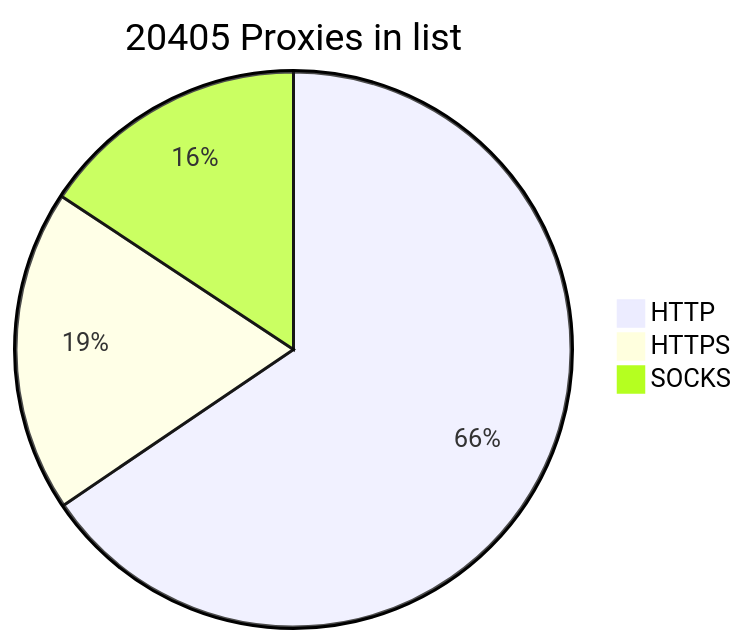
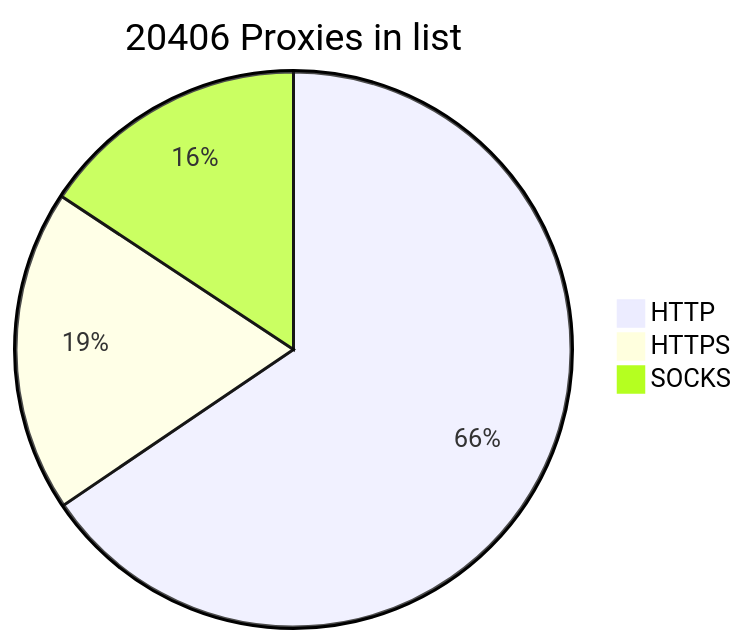
The diagram in README.md (BlackSnowDot/proxylist-update-every-minute), drawn with Mermaid before and after one commit. The commit also changed other lines of this file, not shown here.

````diff
--- a/README.md
+++ b/README.md
@@ -2,6 +2,6 @@
 ```mermaid
-pie title 20405 Proxies in list
-    "HTTP" : 15016
-    "HTTPS": 4302
-    "SOCKS" : 3599
+pie title 20406 Proxies in list
+    "HTTP" : 15017
+    "HTTPS": 4301
+    "SOCKS" : 3600
 ```
````
